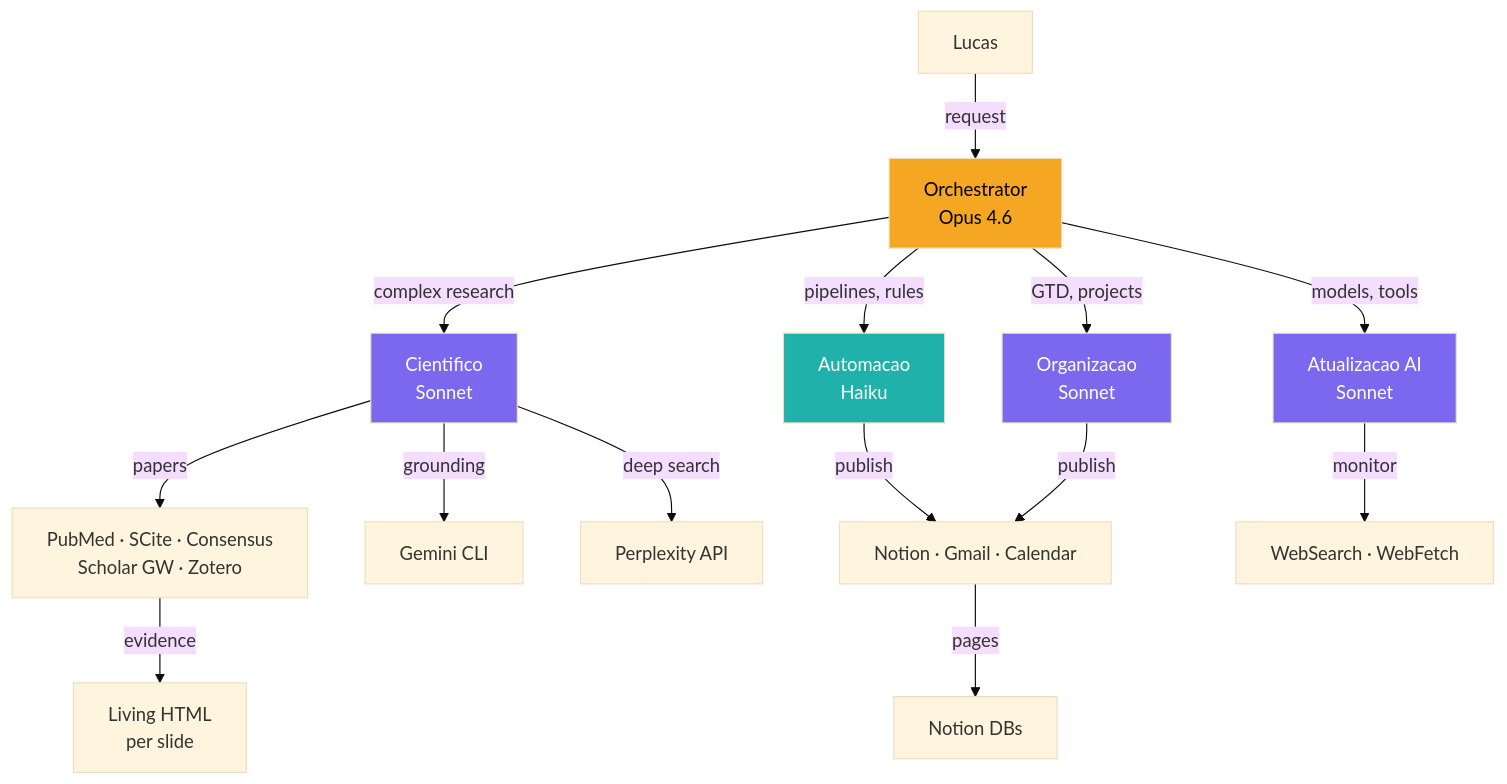
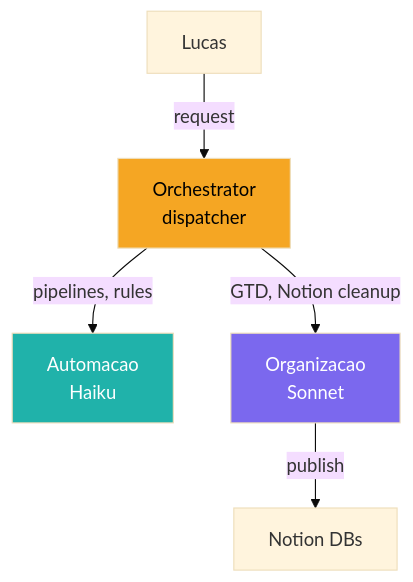
One commit to lucasmiachon-blip/OLMO changed the first of 5 diagrams in docs/ARCHITECTURE.md. Above: the diagram before and after it, drawn with Mermaid (base theme). The commit also changed other lines of this file and 15 other files, not shown here.

````diff
--- a/docs/ARCHITECTURE.md
+++ b/docs/ARCHITECTURE.md
@@ -8,25 +9,11 @@
 ```mermaid
 graph TD
-    U[Lucas] -->|request| O[Orchestrator<br>Opus 4.6]
-
-    O -->|complex research| SCI[Cientifico<br>Sonnet]
+    U[Lucas] -->|request| O[Orchestrator<br>dispatcher]
     O -->|pipelines, rules| AUT[Automacao<br>Haiku]
-    O -->|GTD, projects| ORG[Organizacao<br>Sonnet]
-    O -->|models, tools| UPD[Atualizacao AI<br>Sonnet]
-
-    SCI -->|papers| MCP_MED[PubMed · SCite · Consensus<br>Scholar GW · Zotero]
-    SCI -->|grounding| GEM[Gemini CLI]
-    SCI -->|deep search| PERP[Perplexity API]
-    AUT -->|publish| MCP_PROD[Notion · Gmail · Calendar]
-    ORG -->|publish| MCP_PROD
-    UPD -->|monitor| WEB[WebSearch · WebFetch]
-
-    MCP_MED -->|evidence| LH[Living HTML<br>per slide]
-    MCP_PROD -->|pages| NOT[Notion DBs]
+    O -->|GTD, Notion cleanup| ORG[Organizacao<br>Sonnet]
+    ORG -->|publish| NOT[Notion DBs]
 
     style O fill:#f5a623,color:#000
-    style SCI fill:#7b68ee,color:#fff
     style AUT fill:#20b2aa,color:#fff
     style ORG fill:#7b68ee,color:#fff
-    style UPD fill:#7b68ee,color:#fff
 ```
````
